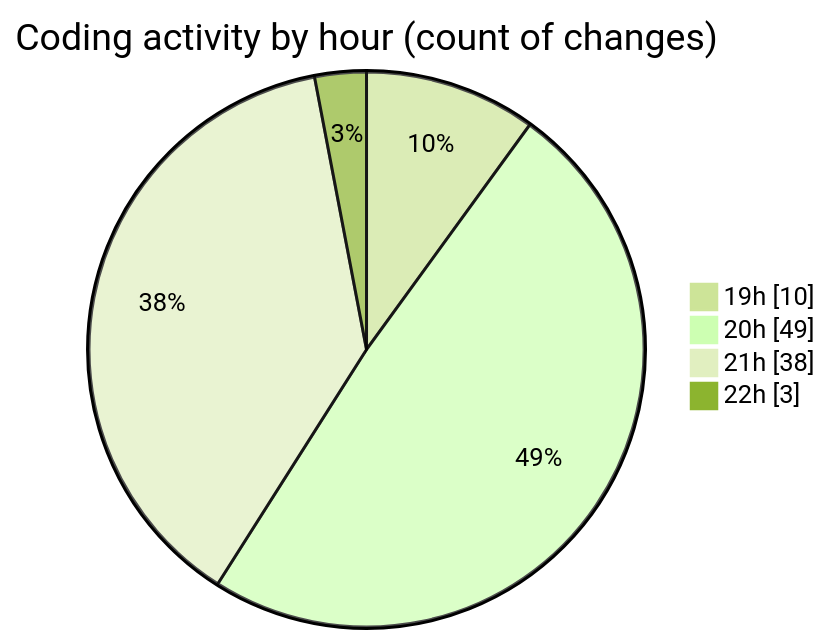
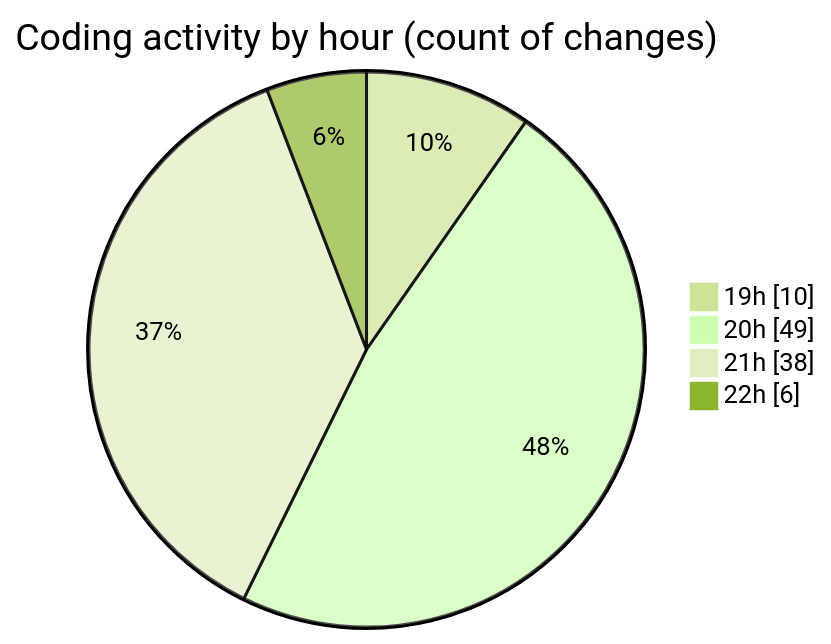
Before and after one commit to charlie-sans/code-tracking: the second of 2 diagrams in 2025-01-28/trollerboard/README.md, drawn with Mermaid (forest theme). The commit also changed other lines of this file and 1 other file, not shown here.

````diff
--- a/2025-01-28/trollerboard/README.md
+++ b/2025-01-28/trollerboard/README.md
@@ -43,8 +43,8 @@
 ```mermaid
 pie showData
 title Coding activity by hour (count of changes)
 "19h" : 10
 "20h" : 49
 "21h" : 38
-"22h" : 3
+"22h" : 6
 ```
````
